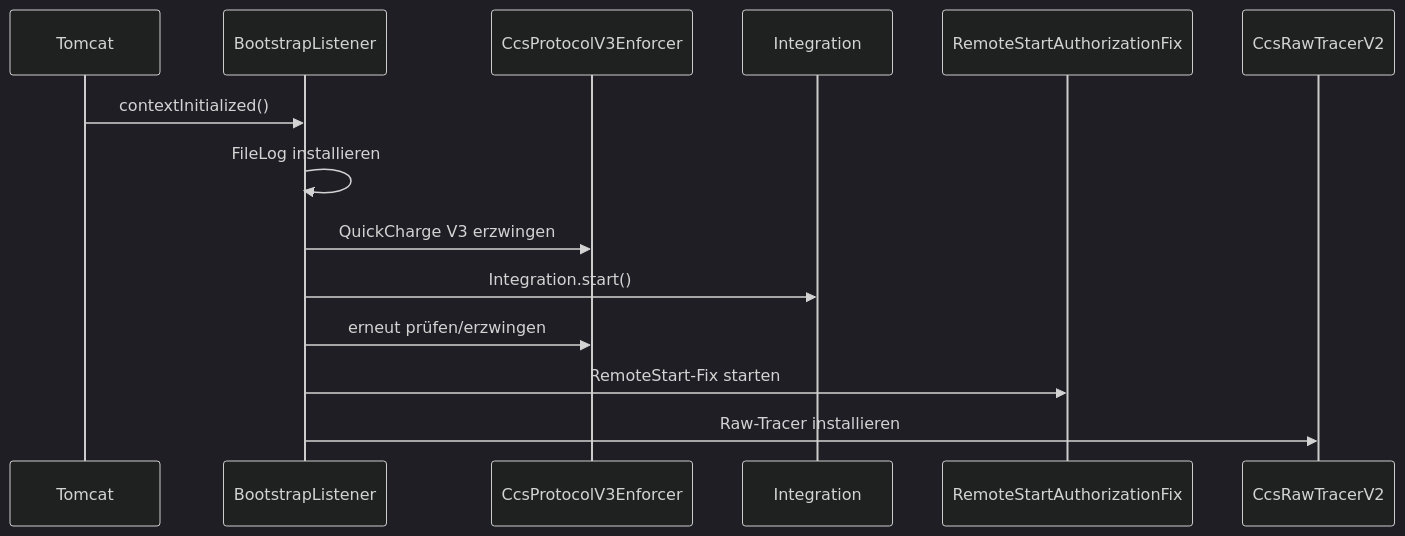
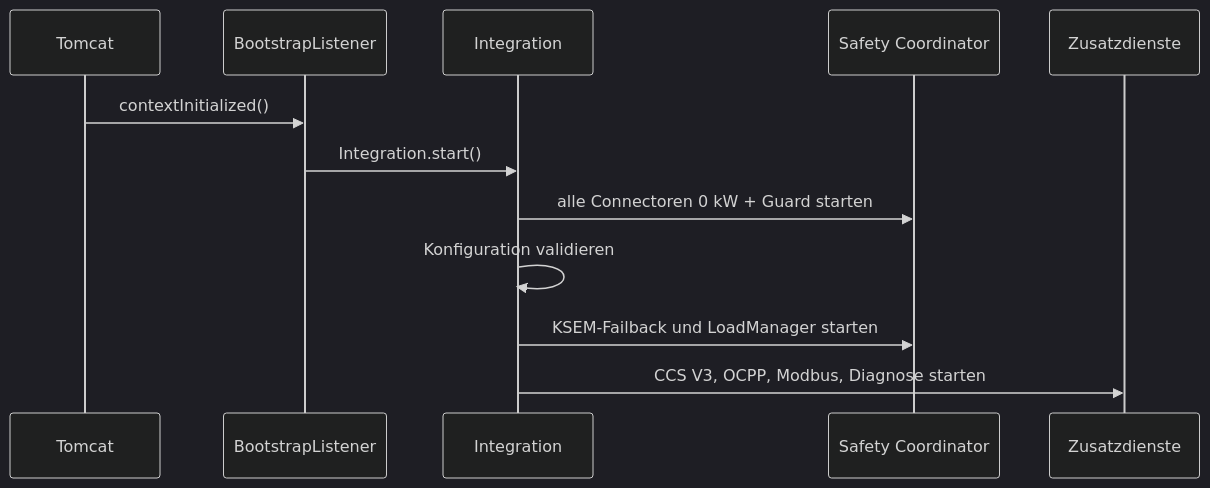
One commit to BugUser0815/QC45 changed the diagram in wiki/Native-Integration.md. Above: the diagram before and after it, drawn with Mermaid (dark theme). The commit also changed other lines of this file and 40 other files, not shown here.

````diff
--- a/wiki/Native-Integration.md
+++ b/wiki/Native-Integration.md
@@ -17,17 +17,15 @@
 ```mermaid
 sequenceDiagram
   participant T as Tomcat
   participant B as BootstrapListener
-  participant V as CcsProtocolV3Enforcer
   participant I as Integration
-  participant A as RemoteStartAuthorizationFix
-  participant R as CcsRawTracerV2
+  participant S as Safety Coordinator
+  participant X as Zusatzdienste
 
   T->>B: contextInitialized()
-  B->>B: FileLog installieren
-  B->>V: QuickCharge V3 erzwingen
   B->>I: Integration.start()
-  B->>V: erneut prüfen/erzwingen
-  B->>A: RemoteStart-Fix starten
-  B->>R: Raw-Tracer installieren
+  I->>S: alle Connectoren 0 kW + Guard starten
+  I->>I: Konfiguration validieren
+  I->>S: KSEM-Failback und LoadManager starten
+  I->>X: CCS V3, OCPP, Modbus, Diagnose starten
 ```
````
